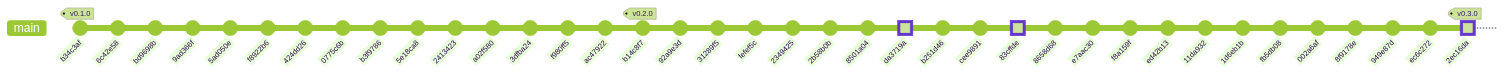
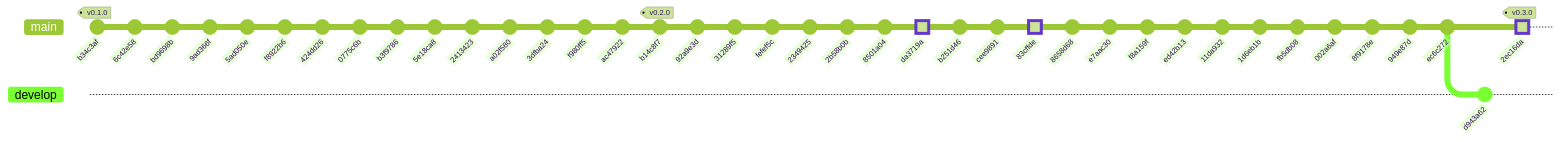
One commit to jeremialcala/ves-market-watch changed the diagram in docs/03-implementation/repo-history.md. Above: the diagram before and after it, drawn with Mermaid (forest theme). The commit also changed other lines of this file and 47 other files, not shown here.

````diff
--- a/docs/03-implementation/repo-history.md
+++ b/docs/03-implementation/repo-history.md
@@ -11,42 +22,44 @@
 ```mermaid
 gitGraph
     commit id: "b34c3af" tag: "v0.1.0"
     commit id: "6c42e58"
     commit id: "bd9698b"
     commit id: "9ad366f"
     commit id: "5ad050e"
     commit id: "f8922b6"
     commit id: "424dd26"
     commit id: "0775c6b"
     commit id: "b3f9786"
     commit id: "5e18ca8"
     commit id: "2413423"
     commit id: "a02f580"
     commit id: "3dfba24"
     commit id: "f980ff5"
     commit id: "ac47922"
     commit id: "b14c8f7" tag: "v0.2.0"
     commit id: "92a9e3d"
     commit id: "31289f5"
     commit id: "fefef5c"
     commit id: "2349425"
     commit id: "2b58b0b"
     commit id: "8501a04"
     commit id: "da3719a" type: HIGHLIGHT
     commit id: "b251d46"
     commit id: "cee9891"
     commit id: "83cffde" type: HIGHLIGHT
     commit id: "8658d68"
     commit id: "e7aac30"
     commit id: "f8a159f"
     commit id: "ed42b13"
     commit id: "11da932"
     commit id: "1d6eb1b"
     commit id: "fb5db08"
     commit id: "002a6af"
     commit id: "8f9178e"
     commit id: "949e87d"
     commit id: "ec6c272"
+    branch develop
+    commit id: "d943a62"
+    checkout main
     commit id: "2ec16da" tag: "v0.3.0" type: HIGHLIGHT
-    %% rama develop: sin commits propios o fork fuera del mapa
 ```
````
